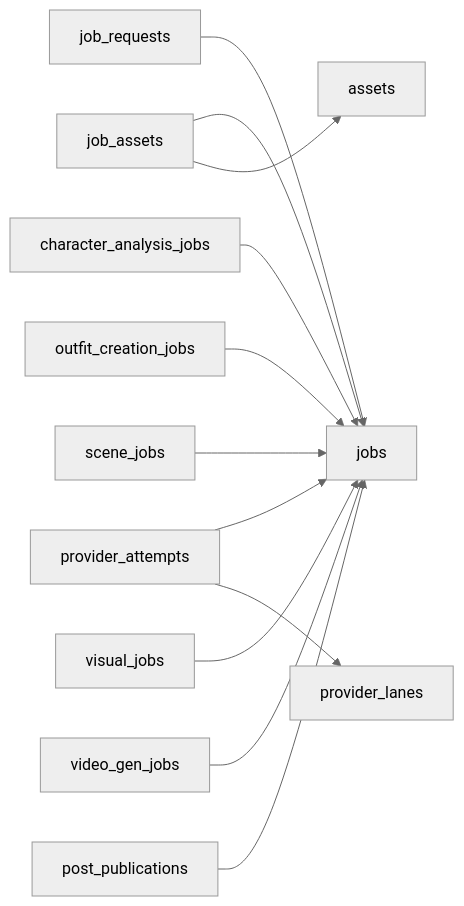
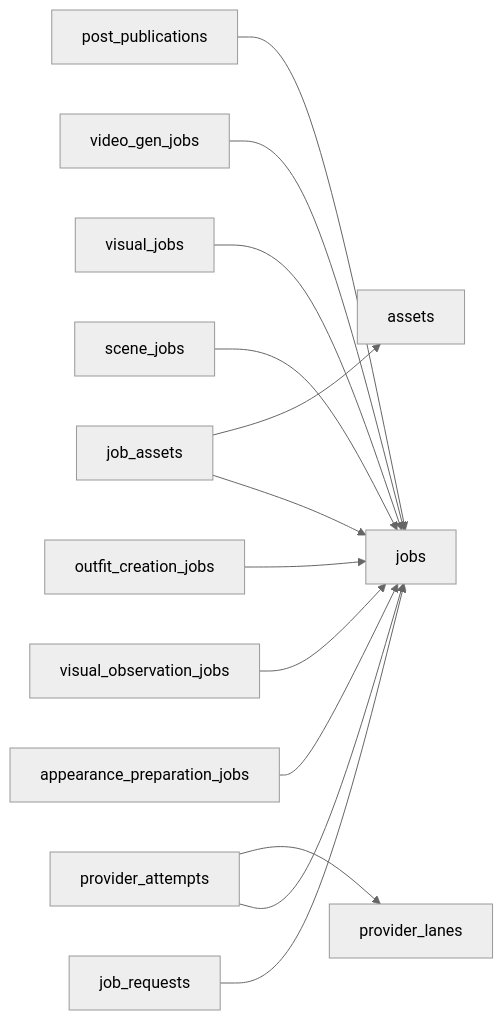
One commit to yangjinming1062/SpiritAgent changed the third of 8 diagrams in docs/DATABASE.md. Above: the diagram before and after it, drawn with Mermaid (neutral theme). The commit also changed other lines of this file and 99 other files, not shown here.

First line of the commit message:
refactor(backend,client): 取消外形角色卡，将可选背景并入 Persona 并以确认图管理视觉身份

````diff
--- a/docs/DATABASE.md
+++ b/docs/DATABASE.md
@@ -51,14 +51,15 @@
 ```mermaid
 flowchart LR
     job_requests --> jobs
     job_assets --> jobs
     job_assets --> assets
     provider_attempts --> jobs
     provider_attempts --> provider_lanes
-    character_analysis_jobs --> jobs
+    appearance_preparation_jobs --> jobs
+    visual_observation_jobs --> jobs
     outfit_creation_jobs --> jobs
     scene_jobs --> jobs
     visual_jobs --> jobs
     video_gen_jobs --> jobs
     post_publications --> jobs
 ```
````
